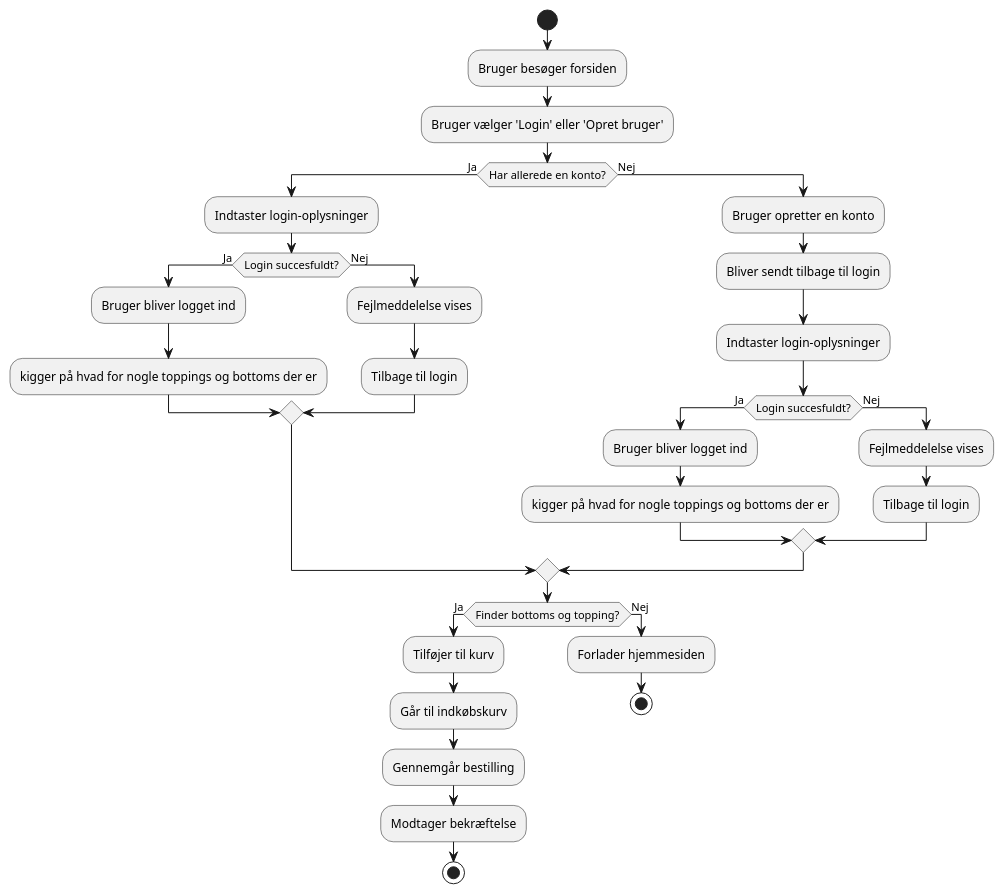
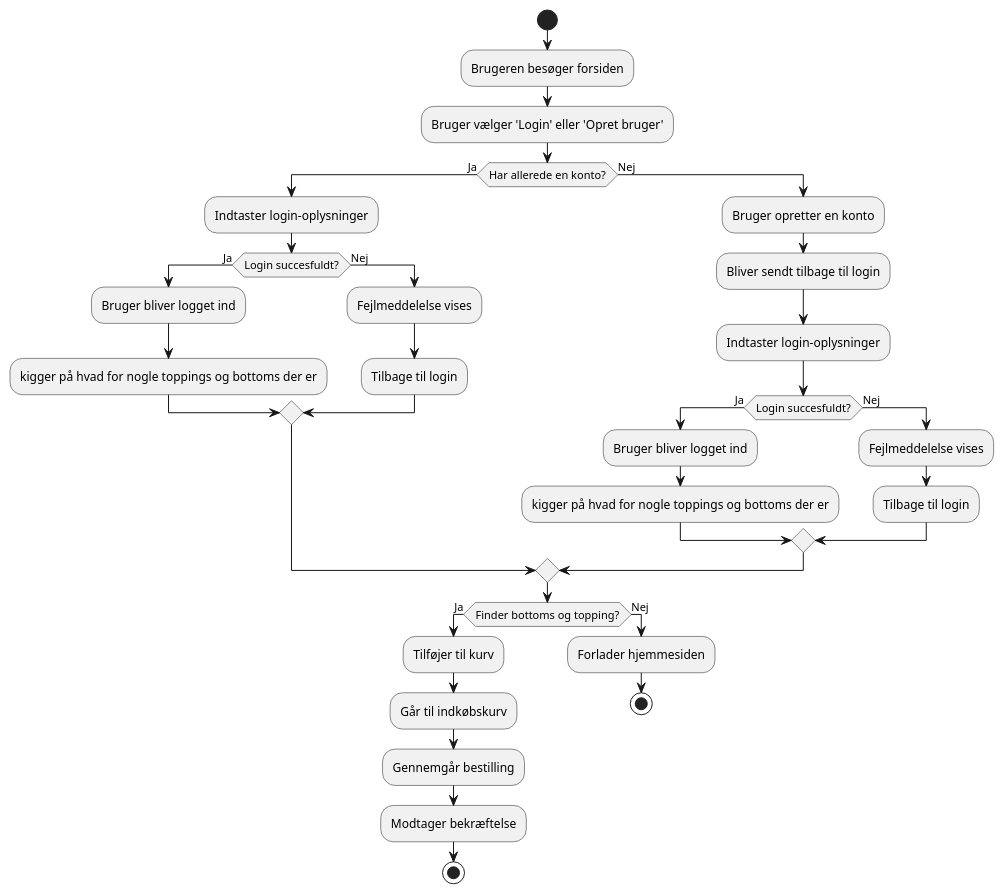
The diagram in AktivitetsDiagram.puml (ABrondbjerg/Cupcake), drawn with PlantUML before and after one commit.

Commit message:
aktivitetsDiagram

```diff
--- a/AktivitetsDiagram.puml
+++ b/AktivitetsDiagram.puml
@@ -1,38 +1,38 @@
 @startuml
 start
-    :Bruger besøger forsiden;
+    :Brugeren besøger forsiden;
     :Bruger vælger 'Login' eller 'Opret bruger';
 
     if (Har allerede en konto?) then (Ja)
         :Indtaster login-oplysninger;
         if (Login succesfuldt?) then (Ja)
             :Bruger bliver logget ind;
             :kigger på hvad for nogle toppings og bottoms der er;
         else (Nej)
             :Fejlmeddelelse vises;
             :Tilbage til login;
         endif
     else (Nej)
         :Bruger opretter en konto;
         :Bliver sendt tilbage til login;
         :Indtaster login-oplysninger;
         if (Login succesfuldt?) then (Ja)
             :Bruger bliver logget ind;
             :kigger på hvad for nogle toppings og bottoms der er;
         else (Nej)
             :Fejlmeddelelse vises;
             :Tilbage til login;
         endif
     endif
 
     if (Finder bottoms og topping?) then (Ja)
         :Tilføjer til kurv;
         :Går til indkøbskurv;
         :Gennemgår bestilling;
         :Modtager bekræftelse;
         stop
     else (Nej)
         :Forlader hjemmesiden;
         stop
     endif
 @enduml
```
